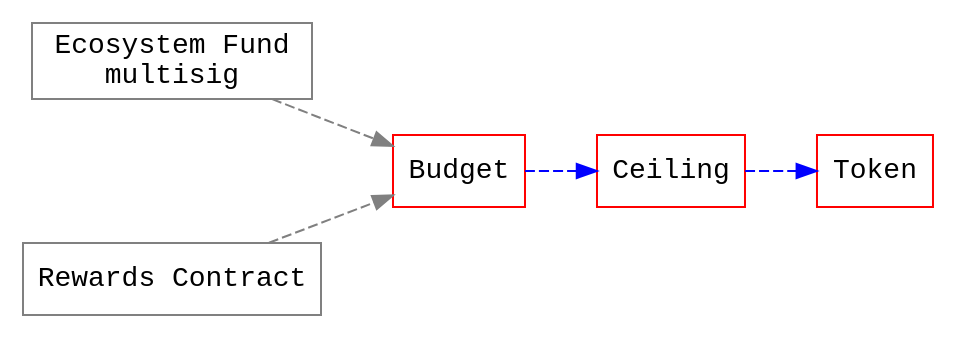
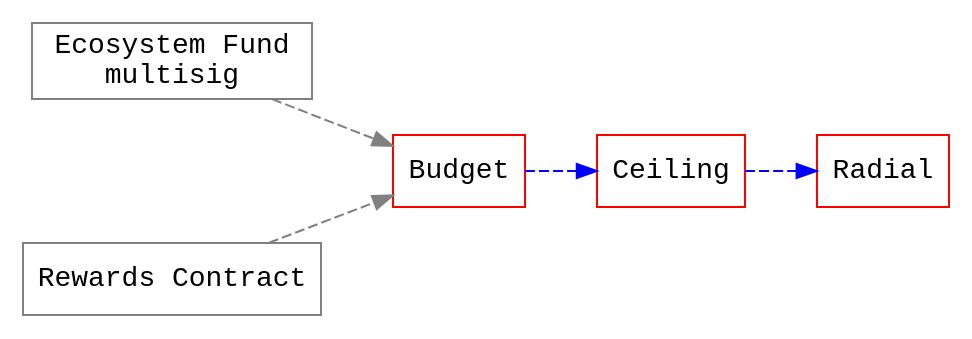
Before and after one commit to centrifuge/radial: the diagram in README.md, drawn with Graphviz. The commit also changed other lines of this file and 5 other files, not shown here.

Commit message:
s/token/radial/g

````diff
--- a/README.md
+++ b/README.md
@@ -27,14 +27,14 @@
 ```graphviz
 digraph {
                 rankdir=LR;
                 nodesep=1.0 // increases the separation between nodes
                 node [color=Red,fontname=Courier,shape=box] //All nodes will this shape and colour
                 edge [color=Blue, style=dashed] //All the lines look like this
                 "Ecosystem Fund \n multisig" [color=grey]
                 "Rewards Contract" [color=grey]
                 "Ecosystem Fund \n multisig" -> Budget [color=grey]
                 "Rewards Contract"->Budget [color=grey]
                 Budget->Ceiling;
-                Ceiling->Token;                
+                Ceiling->Radial;                
 }
 ```
````
